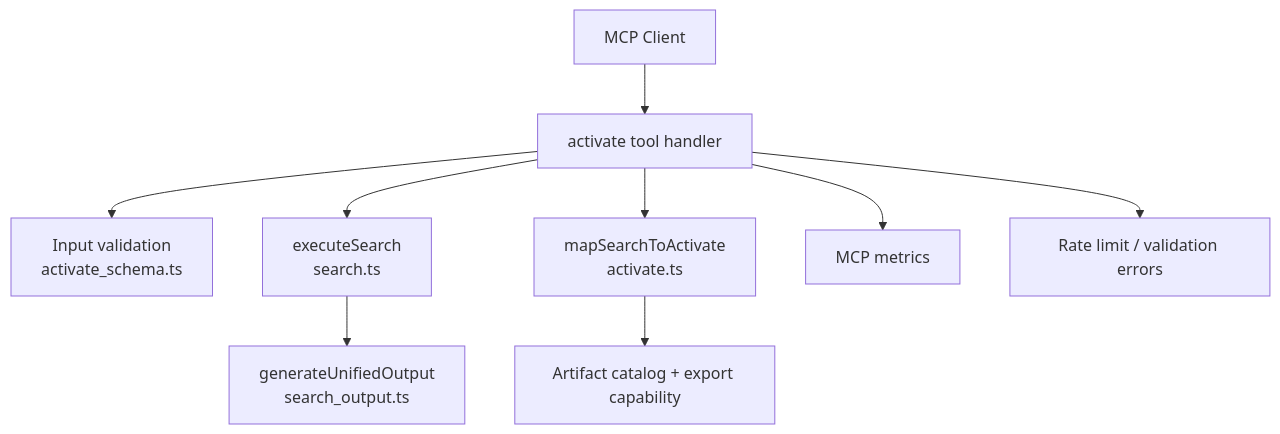
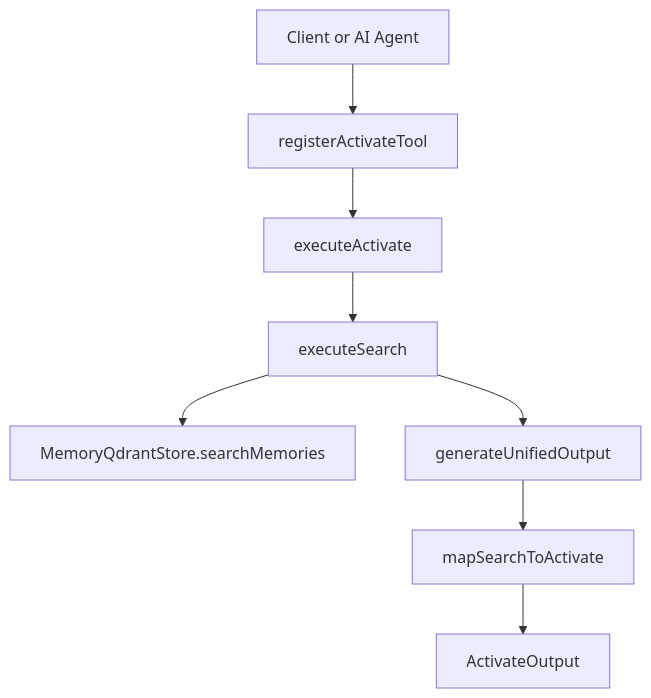
One commit to SquadRules/mcp changed the first of 8 diagrams in .qoder/repowiki/en/content/MCP Tools Reference/Activate Tool.md. Above: the diagram before and after it, drawn with Mermaid. The commit also changed other lines of this file and 553 other files, not shown here.

````diff
--- a/.qoder/repowiki/en/content/MCP Tools Reference/Activate Tool.md
+++ b/.qoder/repowiki/en/content/MCP Tools Reference/Activate Tool.md
@@ -46,11 +57,10 @@
 ```mermaid
 graph TB
-Client["MCP Client"] --> Tool["activate tool handler"]
-Tool --> Schema["Input validation<br/>activate_schema.ts"]
-Tool --> Search["executeSearch<br/>search.ts"]
-Search --> Output["generateUnifiedOutput<br/>search_output.ts"]
-Tool --> Map["mapSearchToActivate<br/>activate.ts"]
-Map --> Artifacts["Artifact catalog + export capability"]
-Tool --> Metrics["MCP metrics"]
-Tool --> Error["Rate limit / validation errors"]
+Client["Client or AI Agent"] --> Register["registerActivateTool"]
+Register --> Execute["executeActivate"]
+Execute --> Search["executeSearch"]
+Search --> Store["MemoryQdrantStore.searchMemories"]
+Search --> Output["generateUnifiedOutput"]
+Output --> Map["mapSearchToActivate"]
+Map --> Response["ActivateOutput"]
 ```
````
